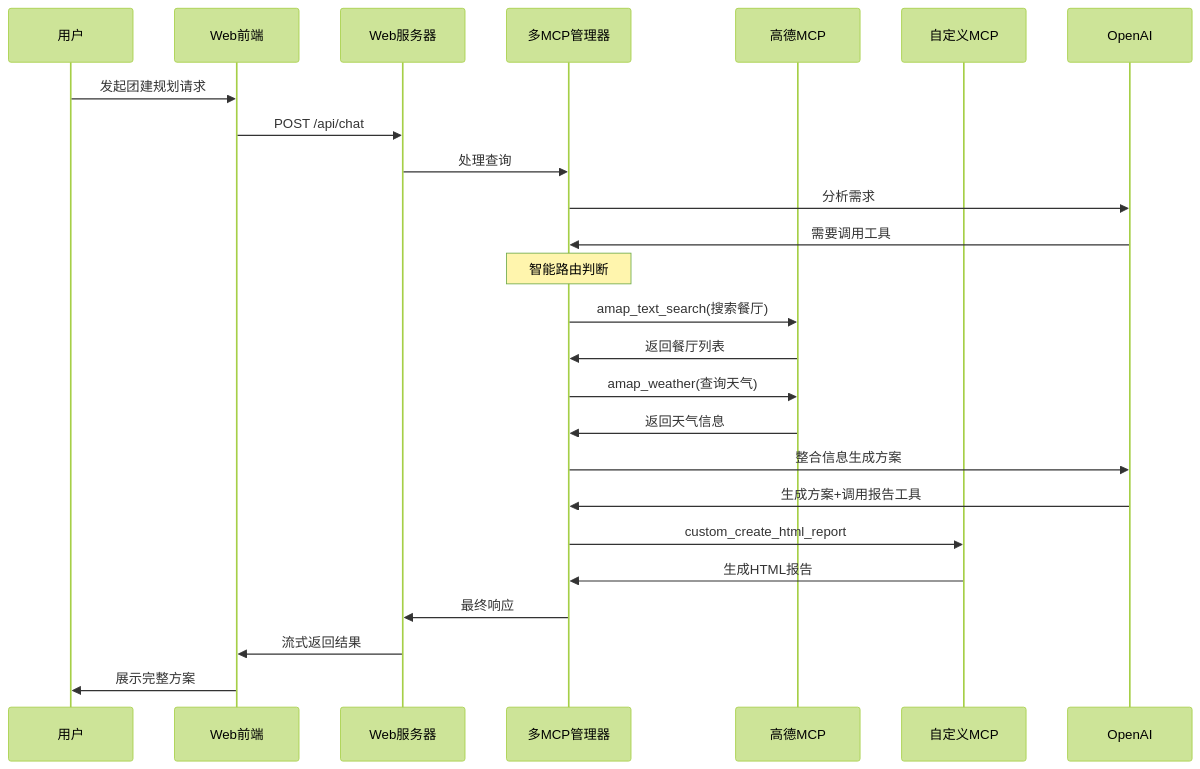
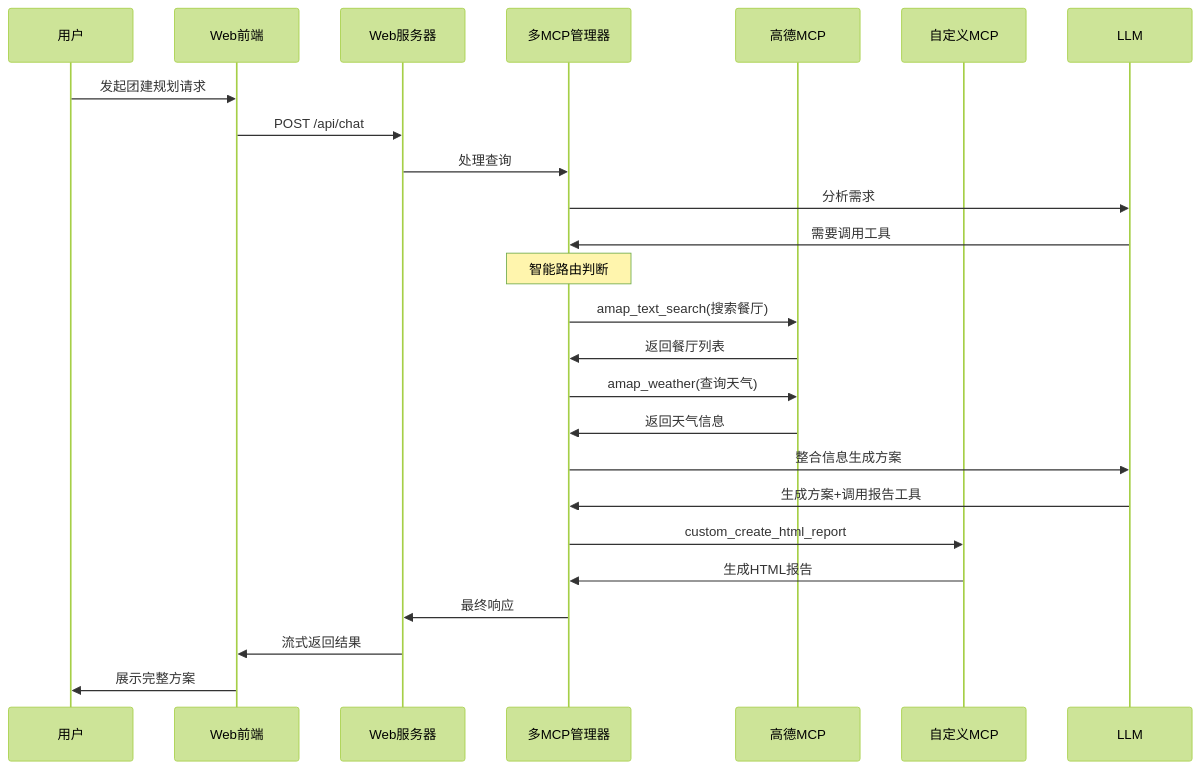
Before and after one commit to StannyDai2024/mcp-learning: the second of 3 diagrams in project-sharing.md, drawn with Mermaid (forest theme). The commit also changed other lines of this file and 6 other files, not shown here.

````diff
--- a/project-sharing.md
+++ b/project-sharing.md
@@ -93,33 +92,33 @@
 ```mermaid
 sequenceDiagram
     participant U as 用户
     participant W as Web前端
     participant S as Web服务器
     participant M as 多MCP管理器
     participant A as 高德MCP
     participant C as 自定义MCP
-    participant AI as OpenAI
+    participant AI as LLM
     
     U->>W: 发起团建规划请求
     W->>S: POST /api/chat
     S->>M: 处理查询
     M->>AI: 分析需求
     AI->>M: 需要调用工具
     
     Note over M: 智能路由判断
     M->>A: amap_text_search(搜索餐厅)
     A->>M: 返回餐厅列表
     
     M->>A: amap_weather(查询天气)
     A->>M: 返回天气信息
     
     M->>AI: 整合信息生成方案
     AI->>M: 生成方案+调用报告工具
     
     M->>C: custom_create_html_report
     C->>M: 生成HTML报告
     
     M->>S: 最终响应
     S->>W: 流式返回结果
     W->>U: 展示完整方案
 ```
````
